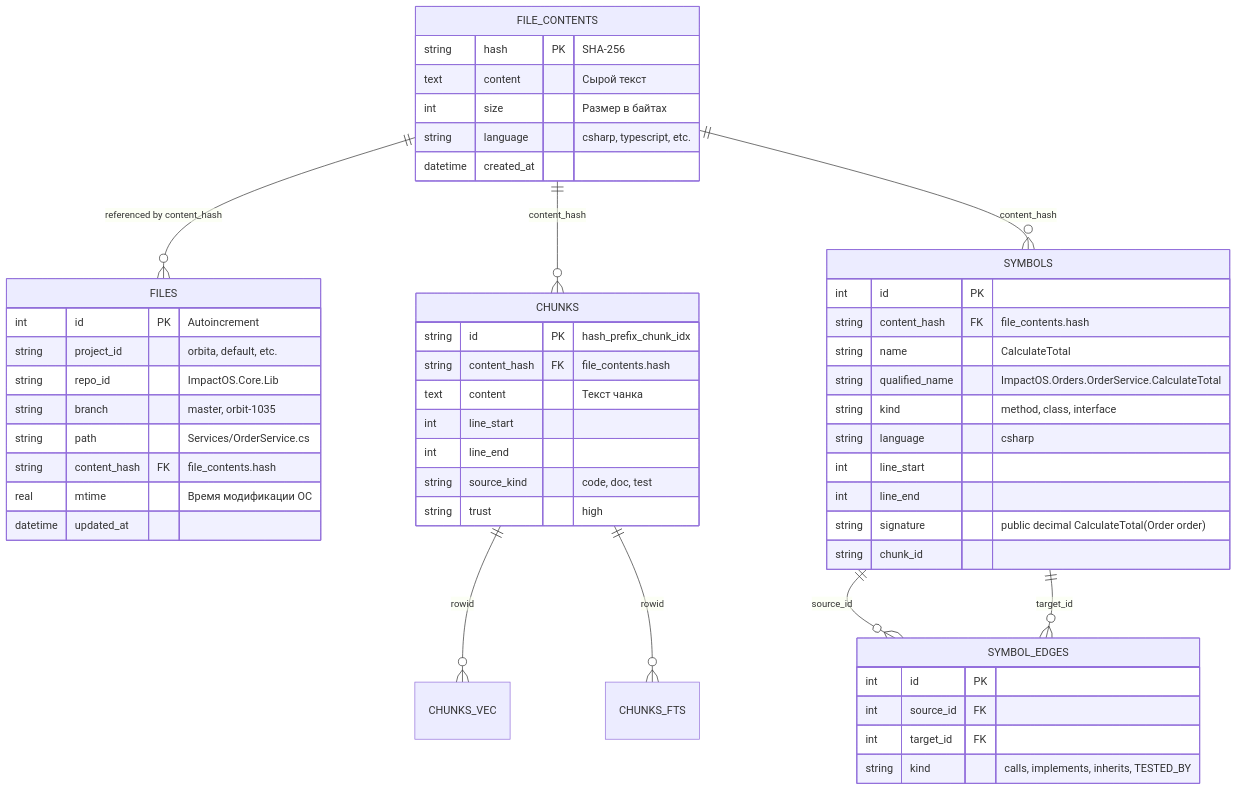
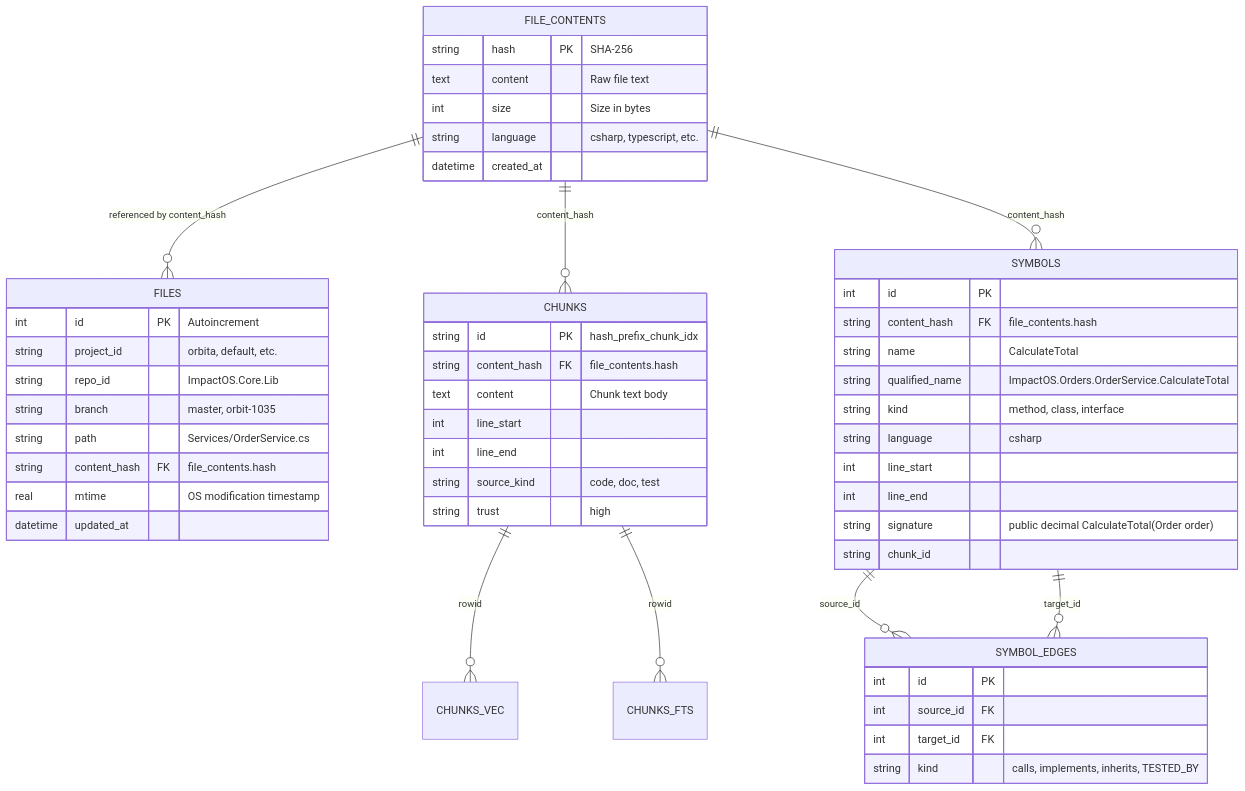
The first of 3 diagrams in docs/adr-008-multi-worktree-cas-and-hybrid-sync.md (PaulTheSecond/knowledgebase-mcp), drawn with Mermaid before and after one commit. The commit also changed other lines of this file and 33 other files, not shown here.

Commit message:
docs: translate architecture specifications and ADRs to Russian

````diff
--- a/docs/adr-008-multi-worktree-cas-and-hybrid-sync.md
+++ b/docs/adr-008-multi-worktree-cas-and-hybrid-sync.md
@@ -52,59 +49,59 @@
 ```mermaid
 erDiagram
     FILE_CONTENTS ||--o{ FILES : "referenced by content_hash"
     FILE_CONTENTS ||--o{ CHUNKS : "content_hash"
     FILE_CONTENTS ||--o{ SYMBOLS : "content_hash"
     SYMBOLS ||--o{ SYMBOL_EDGES : "source_id"
     SYMBOLS ||--o{ SYMBOL_EDGES : "target_id"
     CHUNKS ||--o{ CHUNKS_VEC : "rowid"
     CHUNKS ||--o{ CHUNKS_FTS : "rowid"
     
     FILE_CONTENTS {
         string hash PK "SHA-256"
-        text content "Сырой текст"
-        int size "Размер в байтах"
+        text content "Raw file text"
+        int size "Size in bytes"
         string language "csharp, typescript, etc."
         datetime created_at
     }
     
     FILES {
         int id PK "Autoincrement"
         string project_id "orbita, default, etc."
         string repo_id "ImpactOS.Core.Lib"
         string branch "master, orbit-1035"
         string path "Services/OrderService.cs"
         string content_hash FK "file_contents.hash"
-        real mtime "Время модификации ОС"
+        real mtime "OS modification timestamp"
         datetime updated_at
     }
 
     CHUNKS {
         string id PK "hash_prefix_chunk_idx"
         string content_hash FK "file_contents.hash"
-        text content "Текст чанка"
+        text content "Chunk text body"
         int line_start
         int line_end
         string source_kind "code, doc, test"
         string trust "high"
     }
 
     SYMBOLS {
         int id PK
         string content_hash FK "file_contents.hash"
         string name "CalculateTotal"
         string qualified_name "ImpactOS.Orders.OrderService.CalculateTotal"
         string kind "method, class, interface"
         string language "csharp"
         int line_start
         int line_end
         string signature "public decimal CalculateTotal(Order order)"
         string chunk_id
     }
 
     SYMBOL_EDGES {
         int id PK
         int source_id FK
         int target_id FK
         string kind "calls, implements, inherits, TESTED_BY"
     }
 ```
````
